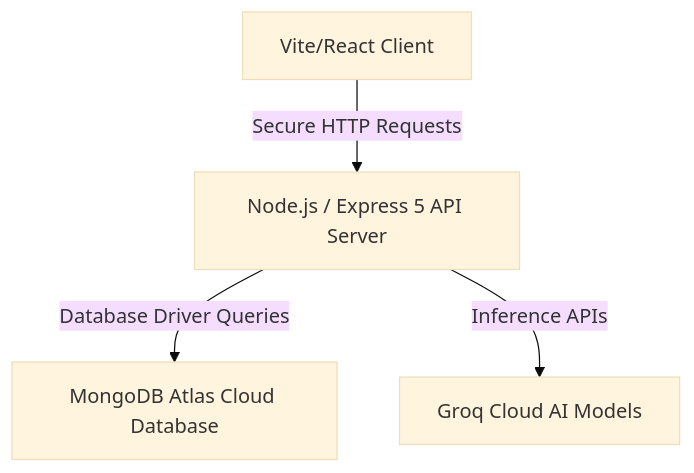
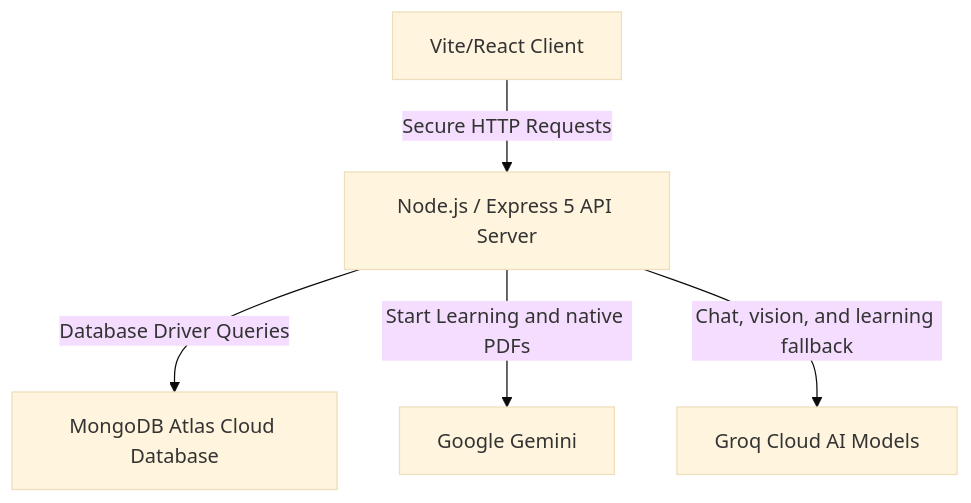
The diagram in README.md (divyen123/PrepMatrix_AI), drawn with Mermaid (base theme) before and after one commit. The commit also changed other lines of this file and 10 other files, not shown here.

Commit message:
feat: migrate Start Learning to Gemini

````diff
--- a/README.md
+++ b/README.md
@@ -46,6 +47,7 @@
 ```mermaid
 graph TD
     A[Vite/React Client] -->|Secure HTTP Requests| B[Node.js / Express 5 API Server]
     B -->|Database Driver Queries| C[MongoDB Atlas Cloud Database]
-    B -->|Inference APIs| D[Groq Cloud AI Models]
+    B -->|Start Learning and native PDFs| D[Google Gemini]
+    B -->|Chat, vision, and learning fallback| E[Groq Cloud AI Models]
 ```
````
